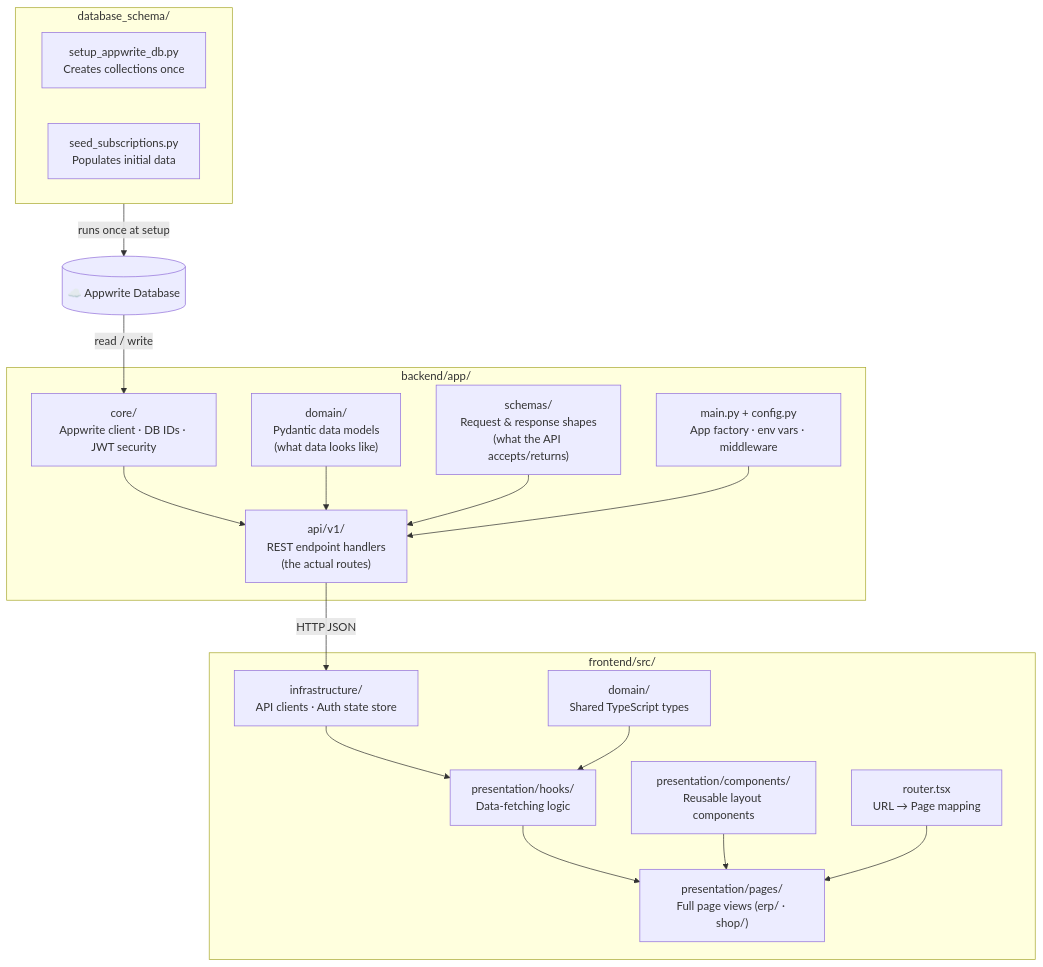
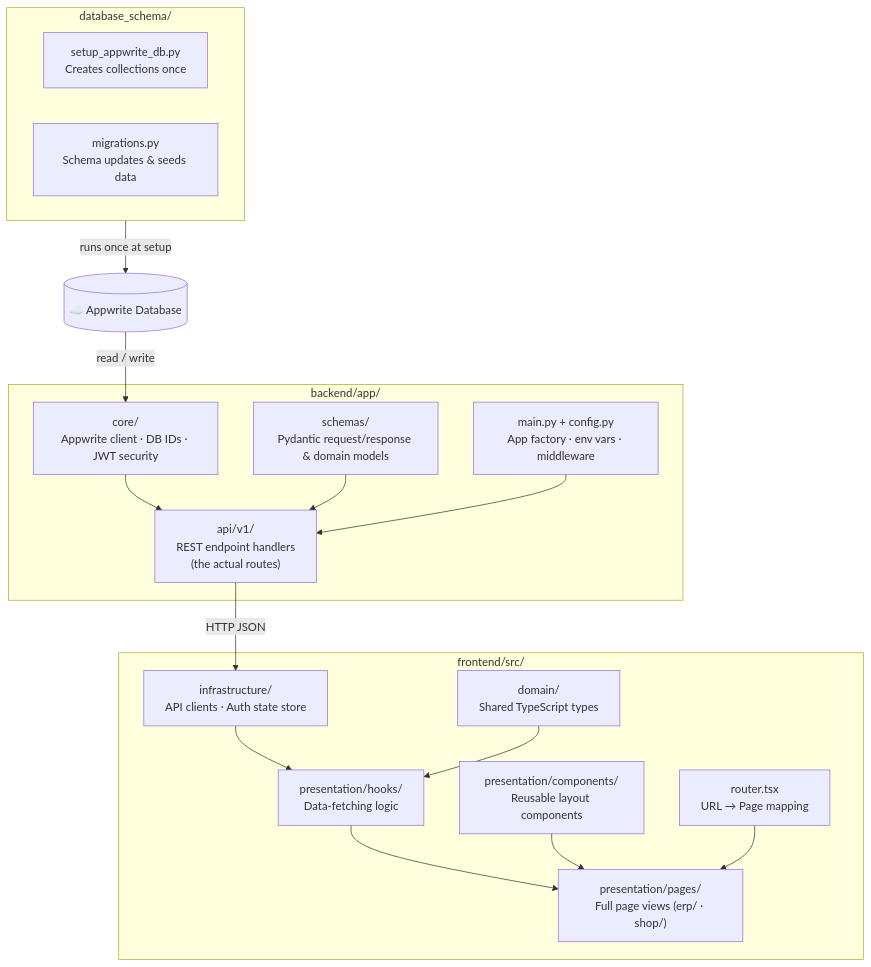
One commit to Z1llaK0ng/Mechanics-on-Wheels changed the diagram in WebApp_Destop App/File_Structure.md. Above: the diagram before and after it, drawn with Mermaid. The commit also changed other lines of this file and 5 other files, not shown here.

Commit message:
feat: document API testing procedures and project communication while updating page flow navigation and PWA redirection logic

````diff
--- a/WebApp_Destop App/File_Structure.md
+++ b/WebApp_Destop App/File_Structure.md
@@ -19,40 +19,38 @@
 ```mermaid
 flowchart TD
     DB[("☁️ Appwrite Database")]
 
     subgraph SCHEMA["database_schema/"]
         S1["setup_appwrite_db.py\nCreates collections once"]
-        S2["seed_subscriptions.py\nPopulates initial data"]
+        S2["migrations.py\nSchema updates & seeds data"]
     end
 
     subgraph BACKEND["backend/app/"]
         CORE["core/\nAppwrite client · DB IDs · JWT security"]
-        DOMAIN_B["domain/\nPydantic data models\n(what data looks like)"]
-        SCHEMAS["schemas/\nRequest & response shapes\n(what the API accepts/returns)"]
+        SCHEMAS["schemas/\nPydantic request/response & domain models"]
         API["api/v1/\nREST endpoint handlers\n(the actual routes)"]
         MAIN_B["main.py + config.py\nApp factory · env vars · middleware"]
     end
 
     subgraph FRONTEND["frontend/src/"]
         INFRA["infrastructure/\nAPI clients · Auth state store"]
         DOMAIN_F["domain/\nShared TypeScript types"]
         HOOKS["presentation/hooks/\nData-fetching logic"]
         COMPONENTS["presentation/components/\nReusable layout components"]
         PAGES["presentation/pages/\nFull page views (erp/ · shop/)"]
         ROUTER["router.tsx\nURL → Page mapping"]
     end
 
     SCHEMA -- "runs once at setup" --> DB
     DB -- "read / write" --> CORE
     CORE --> API
-    DOMAIN_B --> API
     SCHEMAS --> API
     MAIN_B --> API
 
     API -- "HTTP JSON" --> INFRA
     INFRA --> HOOKS
     DOMAIN_F --> HOOKS
     HOOKS --> PAGES
     COMPONENTS --> PAGES
     ROUTER --> PAGES
 ```
````
